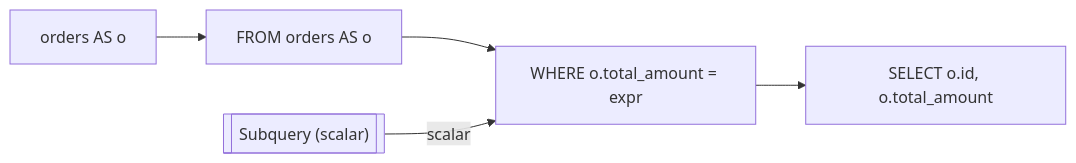
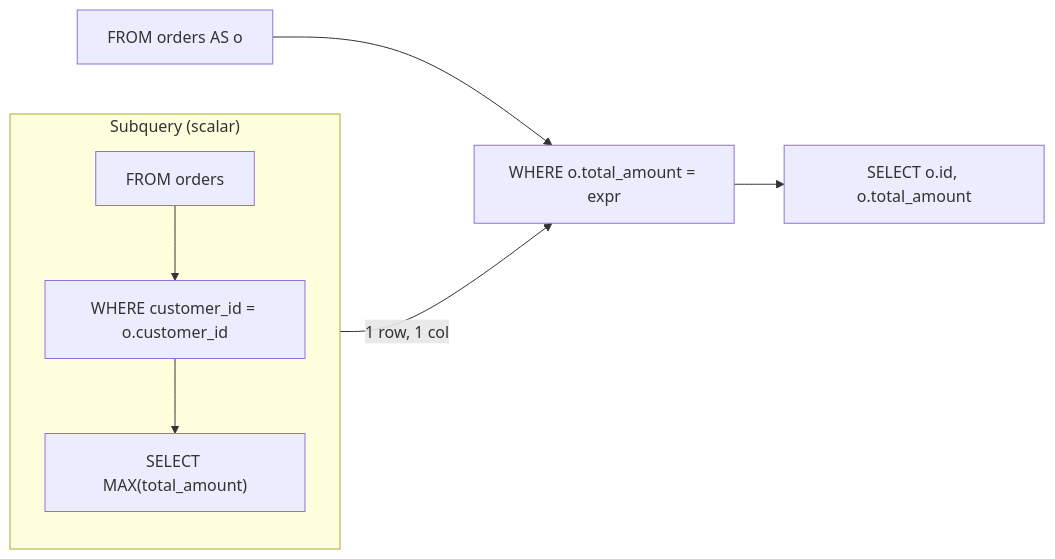
The diagram in examples/subquery_scalar.mmd (rot1024/sqloflow), drawn with Mermaid before and after one commit. The commit also changed 68 other files, not shown here.

```diff
--- a/examples/subquery_scalar.mmd
+++ b/examples/subquery_scalar.mmd
@@ -1,10 +1,15 @@
 flowchart LR
-    node_0[orders AS o]
-    node_1[FROM orders AS o]
-    node_2["WHERE o.total_amount = expr"]
-    node_3[["Subquery (scalar)"]]
-    node_4["SELECT o.id, o.total_amount"]
+    node_0[FROM orders AS o]
+    node_1["WHERE o.total_amount = expr"]
+    subgraph subquery_node_2 ["Subquery (scalar)"]
+        direction TB
+        subq_2_node_0[FROM orders]
+        subq_2_node_1["WHERE customer_id = o.customer_id"]
+        subq_2_node_2["SELECT MAX(total_amount)"]
+        subq_2_node_0 --> subq_2_node_1
+        subq_2_node_1 --> subq_2_node_2
+    end
+    subq_2_node_2 -->|1 row, 1 col| node_1
+    node_3["SELECT o.id, o.total_amount"]
     node_0 --> node_1
-    node_1 --> node_2
-    node_3 -->|scalar| node_2
-    node_2 --> node_4
+    node_1 --> node_3
```
